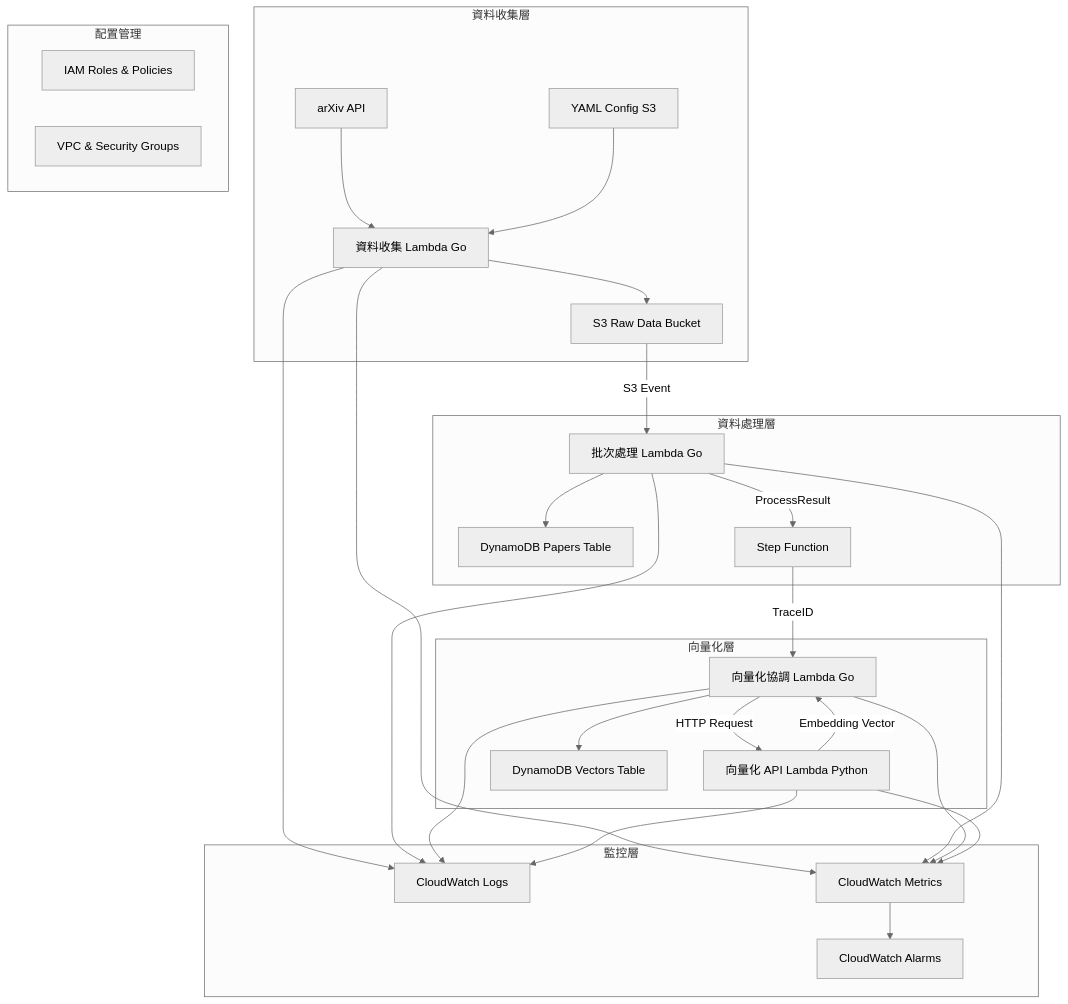
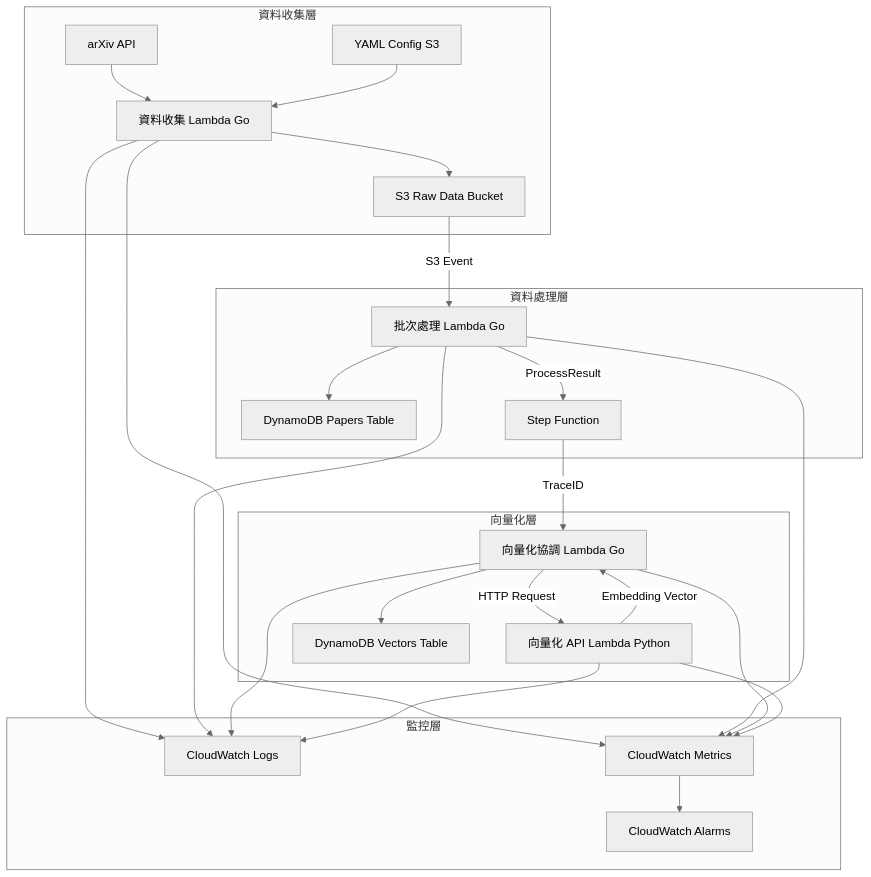
Before and after one commit to JayWithBackPain/Paper_Pipeline_project: the first of 4 diagrams in README.md, drawn with Mermaid (neutral theme). The commit also changed other lines of this file and 11 other files, not shown here.

````diff
--- a/README.md
+++ b/README.md
@@ -9,42 +9,37 @@
 ```mermaid
 graph TB
     subgraph "資料收集層"
         A[arXiv API] --> B[資料收集 Lambda Go]
         B --> C[S3 Raw Data Bucket]
         Config[YAML Config S3] --> B
     end
     
     subgraph "資料處理層"
         C --> |S3 Event| D[批次處理 Lambda Go]
         D --> E[DynamoDB Papers Table]
         D --> |ProcessResult| SF[Step Function]
     end
     
     subgraph "向量化層"
         SF --> |TraceID| G[向量化協調 Lambda Go]
         G --> |HTTP Request| H[向量化 API Lambda Python]
         H --> |Embedding Vector| G
         G --> I[DynamoDB Vectors Table]
     end
     
     subgraph "監控層"
         J[CloudWatch Logs]
         K[CloudWatch Metrics]
         L[CloudWatch Alarms]
         B --> J
         D --> J
         G --> J
         H --> J
         B --> K
         D --> K
         G --> K
         H --> K
         K --> L
     end
-    
-    subgraph "配置管理"
-        Config
-        IAM[IAM Roles & Policies]
-        VPC[VPC & Security Groups]
-    end
+
 ```
````
